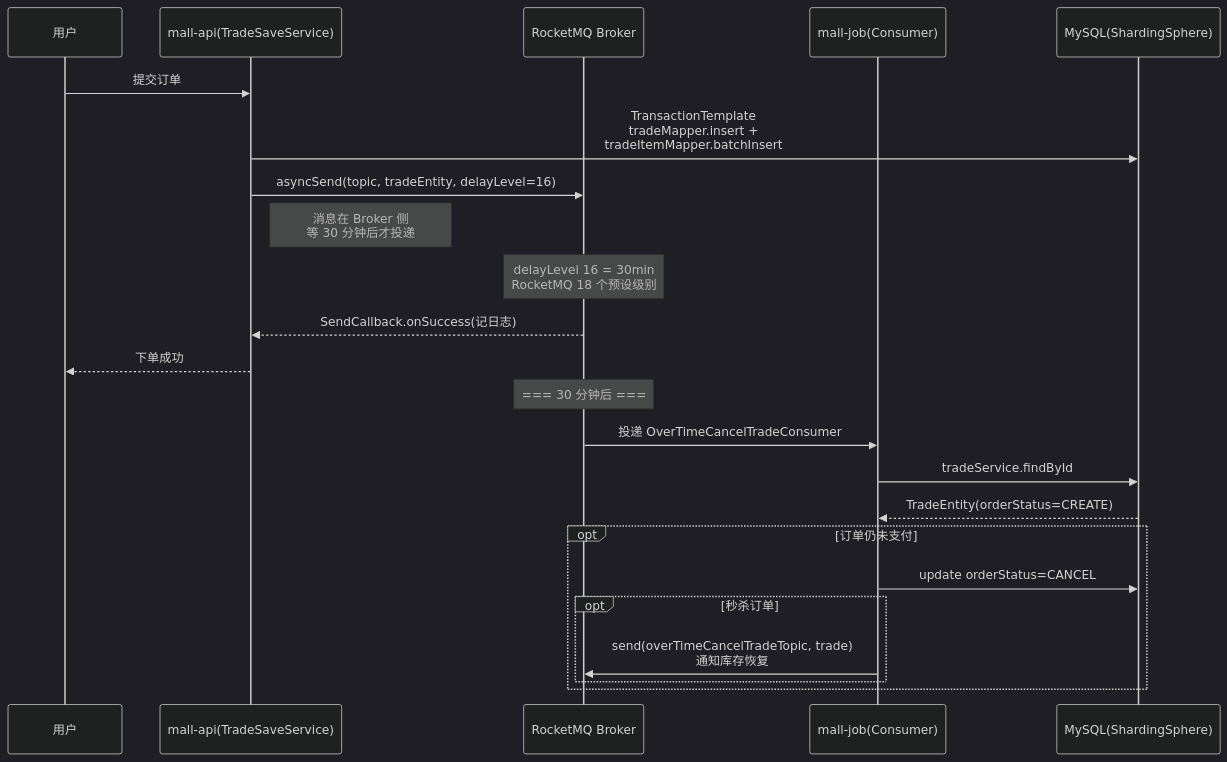
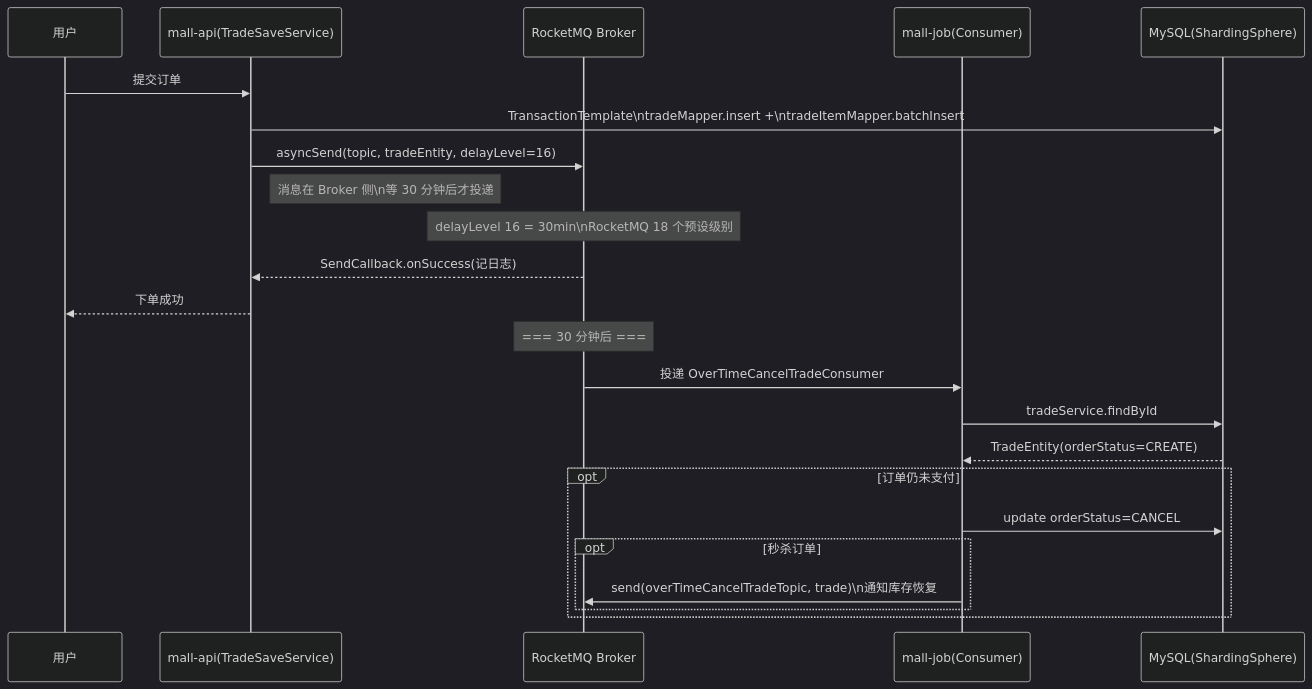
One commit to yaocat55/yaocat55.github.io changed the diagram in content/posts/rocketmq/SpringBootRocketMQ.md. Above: the diagram before and after it, drawn with Mermaid (dark theme). The commit also changed 155 other files, not shown here.

````diff
--- a/content/posts/rocketmq/SpringBootRocketMQ.md
+++ b/content/posts/rocketmq/SpringBootRocketMQ.md
@@ -496,28 +496,28 @@
 ```mermaid
 sequenceDiagram
     participant U as 用户
     participant API as mall-api(TradeSaveService)
     participant MQ as RocketMQ Broker
     participant JOB as mall-job(Consumer)
     participant DB as MySQL(ShardingSphere)
 
     U->>API: 提交订单
-    API->>DB: TransactionTemplate<br/>tradeMapper.insert +<br/>tradeItemMapper.batchInsert
+    API->>DB: TransactionTemplate\ntradeMapper.insert +\ntradeItemMapper.batchInsert
     API->>MQ: asyncSend(topic, tradeEntity, delayLevel=16)
-    Note right of API: 消息在 Broker 侧<br/>等 30 分钟后才投递
-    Note over MQ: delayLevel 16 = 30min<br/>RocketMQ 18 个预设级别
+    Note right of API: 消息在 Broker 侧\n等 30 分钟后才投递
+    Note over MQ: delayLevel 16 = 30min\nRocketMQ 18 个预设级别
     MQ-->>API: SendCallback.onSuccess(记日志)
     API-->>U: 下单成功
 
     Note over MQ: === 30 分钟后 ===
 
     MQ->>JOB: 投递 OverTimeCancelTradeConsumer
     JOB->>DB: tradeService.findById
     DB-->>JOB: TradeEntity(orderStatus=CREATE)
     opt 订单仍未支付
         JOB->>DB: update orderStatus=CANCEL
         opt 秒杀订单
-            JOB->>MQ: send(overTimeCancelTradeTopic, trade)<br/>通知库存恢复
+            JOB->>MQ: send(overTimeCancelTradeTopic, trade)\n通知库存恢复
         end
     end
 ```
````
